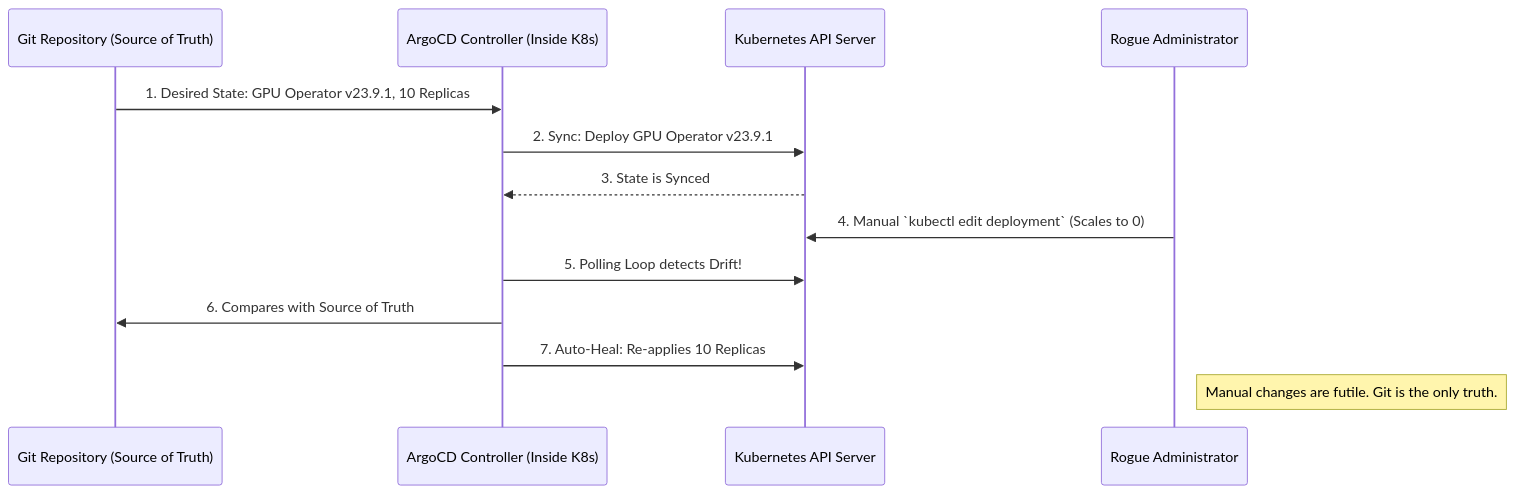
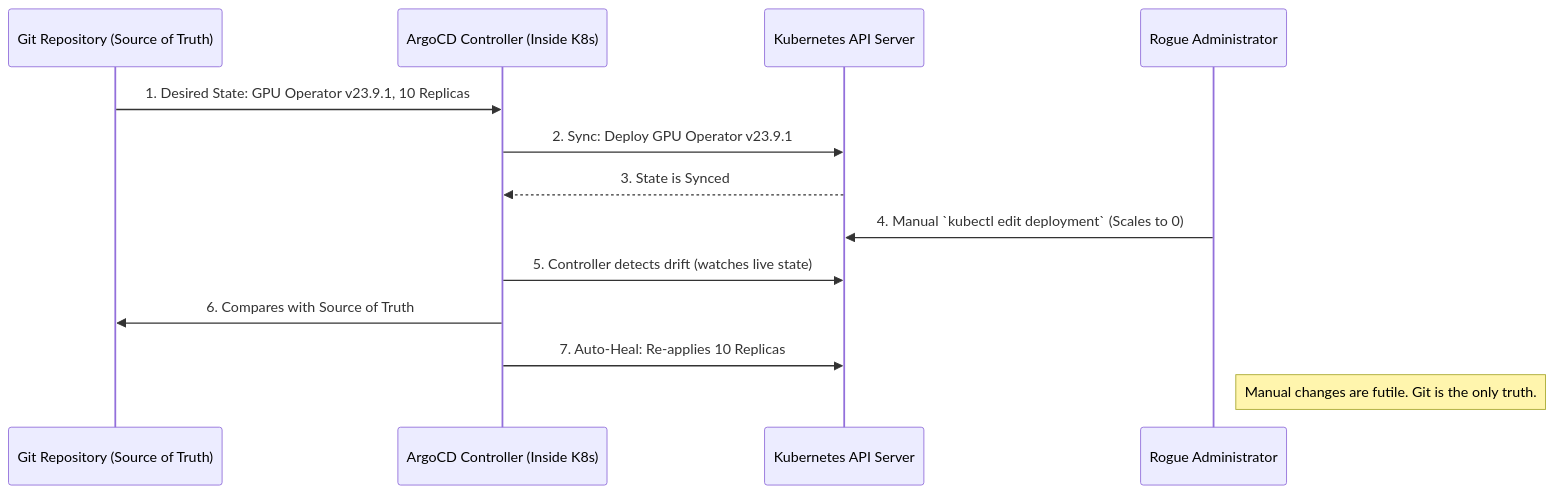
Before and after one commit to jithinpnjm/nvidia-devops: the third of 5 diagrams in docs/volume-10/11-cicd-for-infrastructure-and-cluster-configuration.md, drawn with Mermaid. The commit also changed other lines of this file and 289 other files, not shown here.

````diff
--- a/docs/volume-10/11-cicd-for-infrastructure-and-cluster-configuration.md
+++ b/docs/volume-10/11-cicd-for-infrastructure-and-cluster-configuration.md
@@ -181,18 +180,18 @@
 ```mermaid
 sequenceDiagram
     participant Git as Git Repository (Source of Truth)
     participant Argo as ArgoCD Controller (Inside K8s)
     participant K8s as Kubernetes API Server
     participant Admin as Rogue Administrator
     
     Git->>Argo: 1. Desired State: GPU Operator v23.9.1, 10 Replicas
     Argo->>K8s: 2. Sync: Deploy GPU Operator v23.9.1
     K8s-->>Argo: 3. State is Synced
     
     Admin->>K8s: 4. Manual `kubectl edit deployment` (Scales to 0)
     
-    Argo->>K8s: 5. Polling Loop detects Drift!
+    Argo->>K8s: 5. Controller detects drift (watches live state)
     Argo->>Git: 6. Compares with Source of Truth
     Argo->>K8s: 7. Auto-Heal: Re-applies 10 Replicas
     note right of Admin: Manual changes are futile. Git is the only truth.
 ```
````
